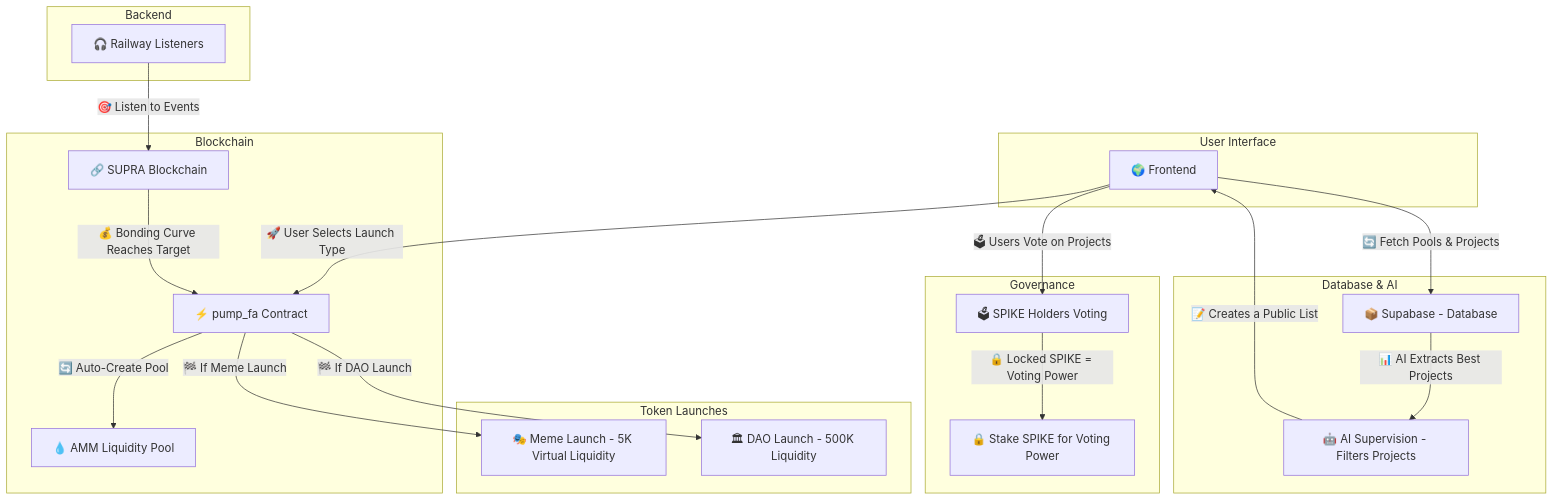
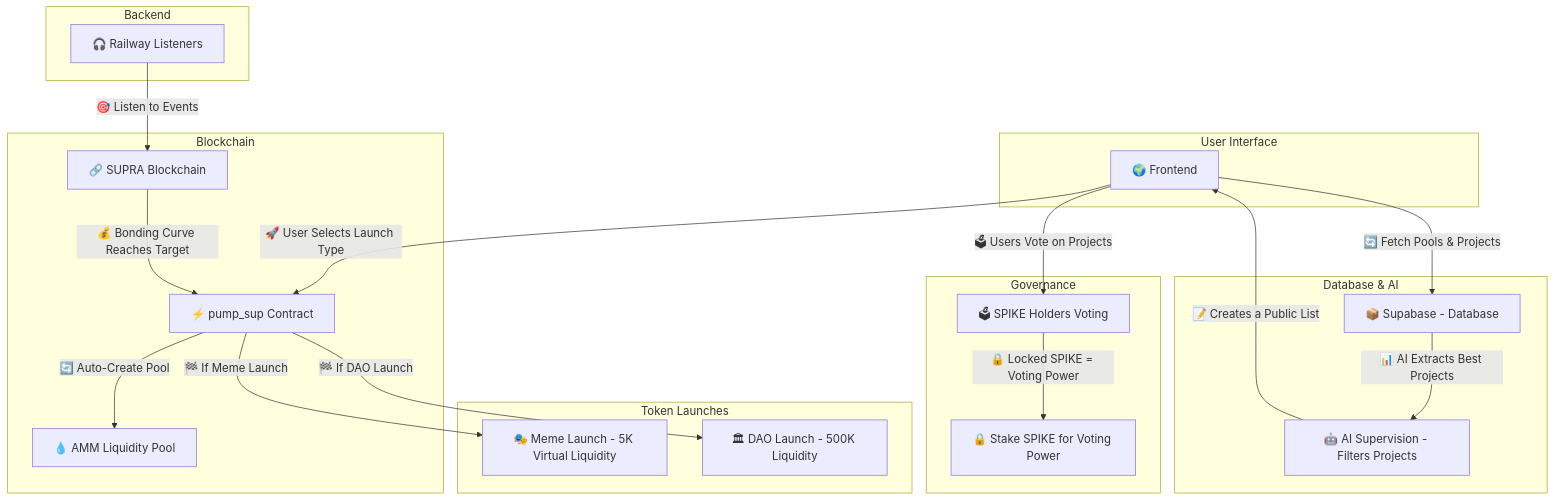
The second of 2 diagrams in README.md (SNABUR/Spike_Contracts), drawn with Mermaid before and after one commit. The commit also changed other lines of this file, not shown here.

````diff
--- a/README.md
+++ b/README.md
@@ -156,45 +156,45 @@
 ```mermaid
 graph TD;
     
     subgraph User Interface
         A[🌍 Frontend] 
     end
 
     subgraph Database & AI
         B[📦 Supabase - Database] 
         B1[🤖 AI Supervision - Filters Projects]
     end
 
     subgraph Backend
         C[🎧 Railway Listeners]
     end
 
     subgraph Blockchain
         D[🔗 SUPRA Blockchain]
-        D1[⚡ pump_fa Contract]
+        D1[⚡ pump_sup Contract]
         D2[💧 AMM Liquidity Pool]
     end
 
     subgraph Token Launches
         E1[🎭 Meme Launch - 5K Virtual Liquidity] 
         E2[🏛 DAO Launch - 500K Liquidity]
     end
 
     subgraph Governance
         F[🗳 SPIKE Holders Voting] 
         F1[🔒 Stake SPIKE for Voting Power]
     end
 
     A -->|🔄 Fetch Pools & Projects| B
     A -->|🚀 User Selects Launch Type| D1
     A -->|🗳 Users Vote on Projects| F
     B -->|📊 AI Extracts Best Projects| B1
     B1 -->|📝 Creates a Public List| A
     C -->|🎯 Listen to Events| D
     D -->|💰 Bonding Curve Reaches Target| D1
     D1 -->|🔄 Auto-Create Pool| D2
     D1 -->|🏁 If Meme Launch| E1
     D1 -->|🏁 If DAO Launch| E2
     F -->|🔒 Locked SPIKE = Voting Power| F1
 
 ```
````
